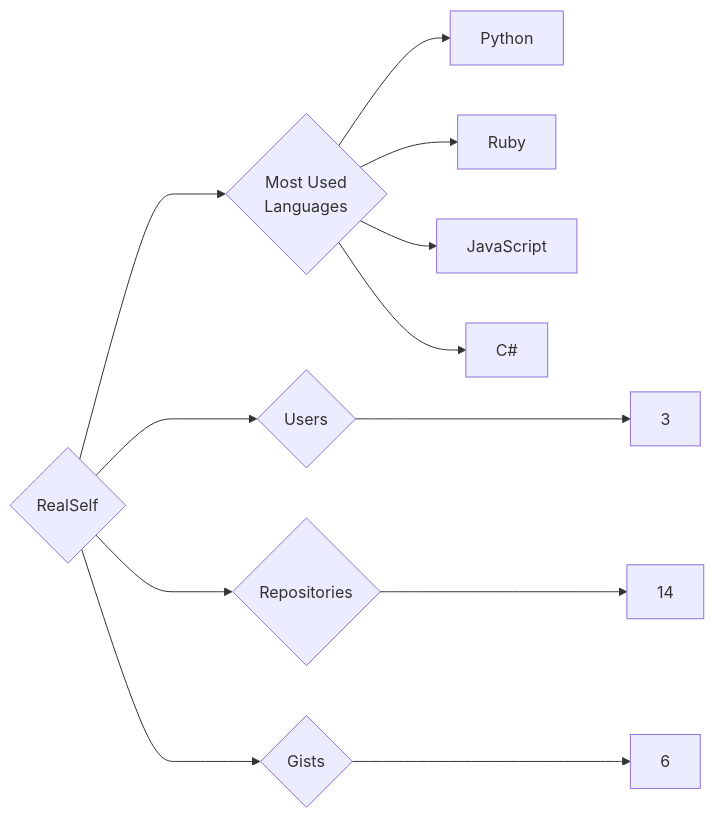
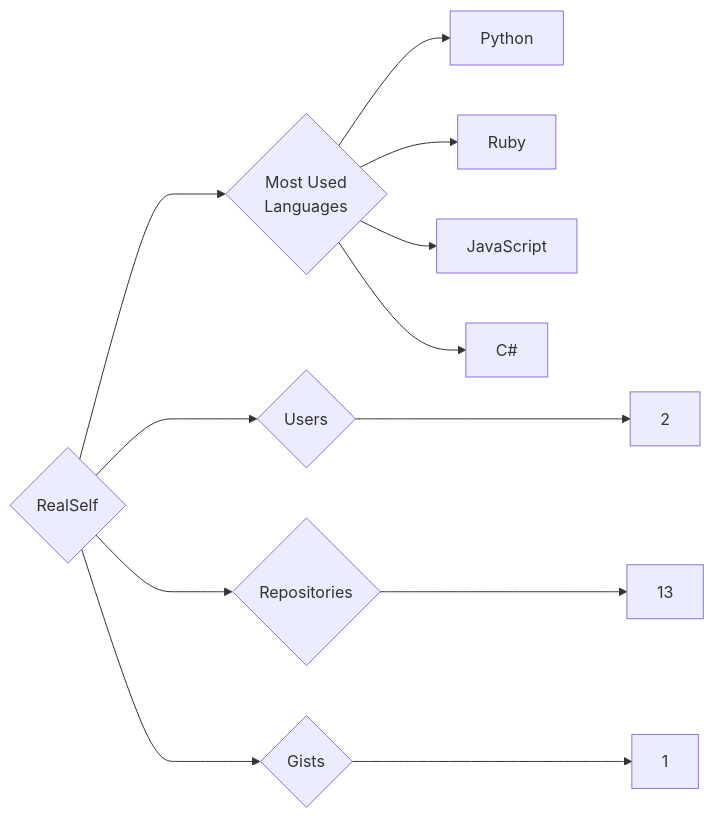
One commit to trickest/insiders changed the diagram in targets/RealSelf/README.md. Above: the diagram before and after it, drawn with Mermaid. The commit also changed 833 other files, not shown here.

````diff
--- a/targets/RealSelf/README.md
+++ b/targets/RealSelf/README.md
@@ -3,12 +3,12 @@
 ```mermaid
 graph LR
 COMPANY_NAME{RealSelf}
-COMPANY_NAME ---> U{Users} ---> UN[3]
-COMPANY_NAME ---> R{Repositories} ---> RN[14]
-COMPANY_NAME ---> G{Gists} ---> GN[6]
+COMPANY_NAME ---> U{Users} ---> UN[2]
+COMPANY_NAME ---> R{Repositories} ---> RN[13]
+COMPANY_NAME ---> G{Gists} ---> GN[1]
 COMPANY_NAME ---> ML{Most Used<br>Languages}
 ML --> Python[Python]
 ML --> Ruby[Ruby]
 ML --> JavaScript[JavaScript]
 ML --> C#[C#]
 ```
````
